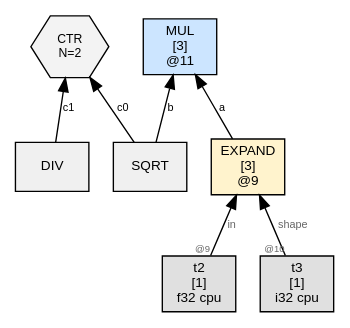
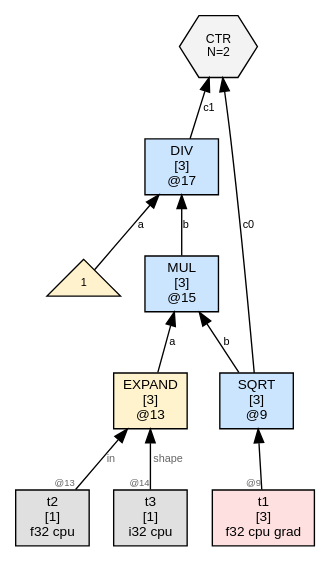
Before and after one commit to sw1sh/TinyHVM: the diagram in wl/examples/thvm_graphs/grad_rules/sqrt/step_002_state_final.dot, drawn with Graphviz. The commit also changed 309 other files, not shown here.

First line of the commit message:
grad: CTR at step 0; no external DUP; Leibniz visible in step 1

```diff
--- a/wl/examples/thvm_graphs/grad_rules/sqrt/step_002_state_final.dot
+++ b/wl/examples/thvm_graphs/grad_rules/sqrt/step_002_state_final.dot
@@ -1,20 +1,25 @@
 digraph G {
-  // PREV_INTERACTION: GRAD_h15_TEN_h15
+  // PREV_INTERACTION: GRAD_h19_TEN_h19
   rankdir=BT;
   node [fontname="Helvetica", fontsize=10, style=filled, shape=box, margin="0.1,0.05"];
   edge [fontsize=8, fontname="Helvetica"];
 
-  ctr17 [label="CTR\nN=2", shape=hexagon, fillcolor="#f3f3f3", fontsize=9];
-  n7 [label="SQRT", shape=box, fillcolor="#f0f0f0"];
-  n7 -> ctr17 [label="c0"];
-  n13 [label="DIV", shape=box, fillcolor="#f0f0f0"];
-  n13 -> ctr17 [label="c1"];
-  n9 [label="EXPAND\n[3]\n@9", shape=box, fillcolor="#fff3cd"];
+  n9 [label="SQRT\n[3]\n@9", shape=box, fillcolor="#cce5ff"];
+  t1 [label="t1\n[3]\nf32 cpu grad",shape=box,fillcolor="#ffe0e0"];
+  t1 -> n9 [label="",taillabel="@9",labelfontsize=7,fontcolor="#666666"];
+  n17 [label="DIV\n[3]\n@17", shape=box, fillcolor="#cce5ff"];
+  num17_0 [label="1",shape=triangle,fillcolor="#fff2cc",fontsize=8];
+  num17_0 -> n17 [label="a"];
+  n15 -> n17 [label="b"];
+  ctr7 [label="CTR\nN=2", shape=hexagon, fillcolor="#f3f3f3", fontsize=9];
+  n9 -> ctr7 [label="c0"];
+  n17 -> ctr7 [label="c1"];
+  n13 [label="EXPAND\n[3]\n@13", shape=box, fillcolor="#fff3cd"];
   t2 [label="t2\n[1]\nf32 cpu",shape=box,fillcolor="#e0e0e0"];
-  t2 -> n9 [label="in",taillabel="@9",labelfontsize=7,fontcolor="#666666"];
+  t2 -> n13 [label="in",taillabel="@13",labelfontsize=7,fontcolor="#666666"];
   t3 [label="t3\n[1]\ni32 cpu",shape=box,fillcolor="#e0e0e0"];
-  t3 -> n9 [label="shape",taillabel="@10",labelfontsize=7,fontcolor="#666666"];
-  n11 [label="MUL\n[3]\n@11", shape=box, fillcolor="#cce5ff"];
-  n9 -> n11 [label="a"];
-  n7 -> n11 [label="b"];
+  t3 -> n13 [label="shape",taillabel="@14",labelfontsize=7,fontcolor="#666666"];
+  n15 [label="MUL\n[3]\n@15", shape=box, fillcolor="#cce5ff"];
+  n13 -> n15 [label="a"];
+  n9 -> n15 [label="b"];
 }
```
